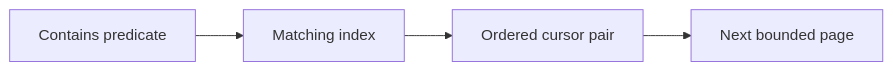
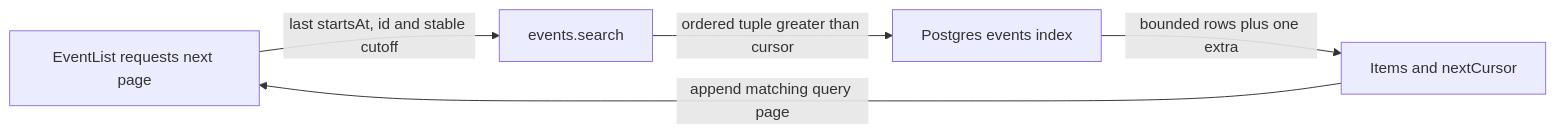
The diagram in docs/handbook/concepts/keyset-pagination.md (maheshnd/minitickets), drawn with Mermaid before and after one commit. The commit also changed other lines of this file and 119 other files, not shown here.

````diff
--- a/docs/handbook/concepts/keyset-pagination.md
+++ b/docs/handbook/concepts/keyset-pagination.md
@@ -17,7 +18,7 @@
 ```mermaid
 flowchart LR
-    n0["Contains predicate"] --> n1
-    n1["Matching index"] --> n2
-    n2["Ordered cursor pair"] --> n3
-    n3["Next bounded page"]
+browser["EventList requests next page"] -->|"last startsAt, id and stable cutoff"| api["events.search"]
+    api -->|"ordered tuple greater than cursor"| db["Postgres events index"]
+    db -->|"bounded rows plus one extra"| page["Items and nextCursor"]
+    page -->|"append matching query page"| browser
 ```
````
